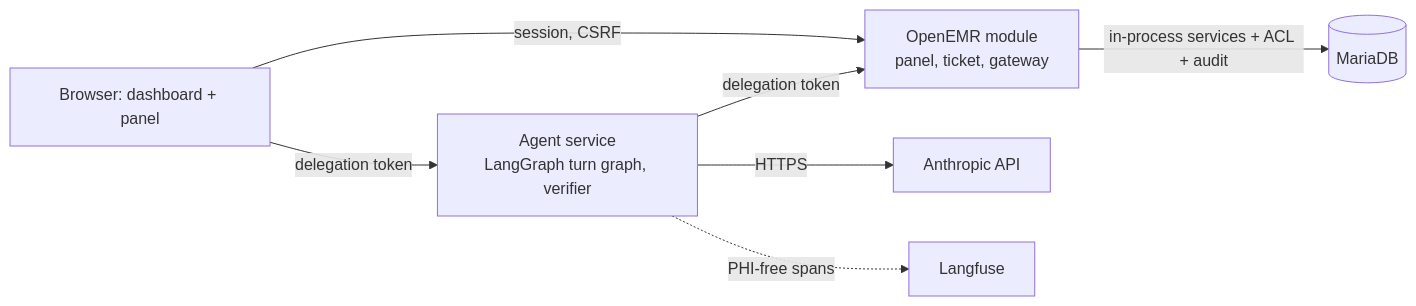
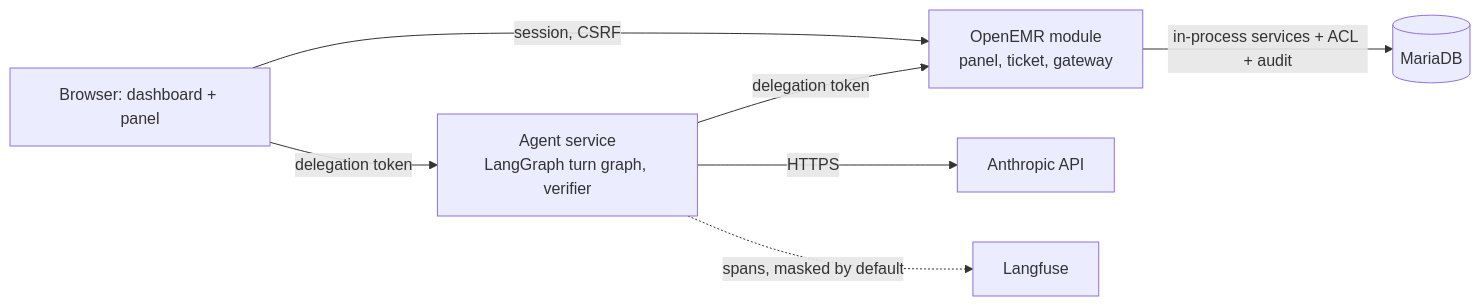
Before and after one commit to hdxsfbr/openemr-base-clean: the diagram in README_AGENT_FORGE.md, drawn with Mermaid. The commit also changed other lines of this file and 29 other files, not shown here.

````diff
--- a/README_AGENT_FORGE.md
+++ b/README_AGENT_FORGE.md
@@ -108,9 +119,9 @@
 ```mermaid
 flowchart LR
   B[Browser: dashboard + panel] -->|session, CSRF| M[OpenEMR module<br/>panel, ticket, gateway]
   B -->|delegation token| A[Agent service<br/>LangGraph turn graph, verifier]
   A -->|delegation token| M
   M -->|in-process services + ACL + audit| DB[(MariaDB)]
   A -->|HTTPS| C[Anthropic API]
-  A -.->|PHI-free spans| L[Langfuse]
+  A -.->|spans, masked by default| L[Langfuse]
 ```
````
